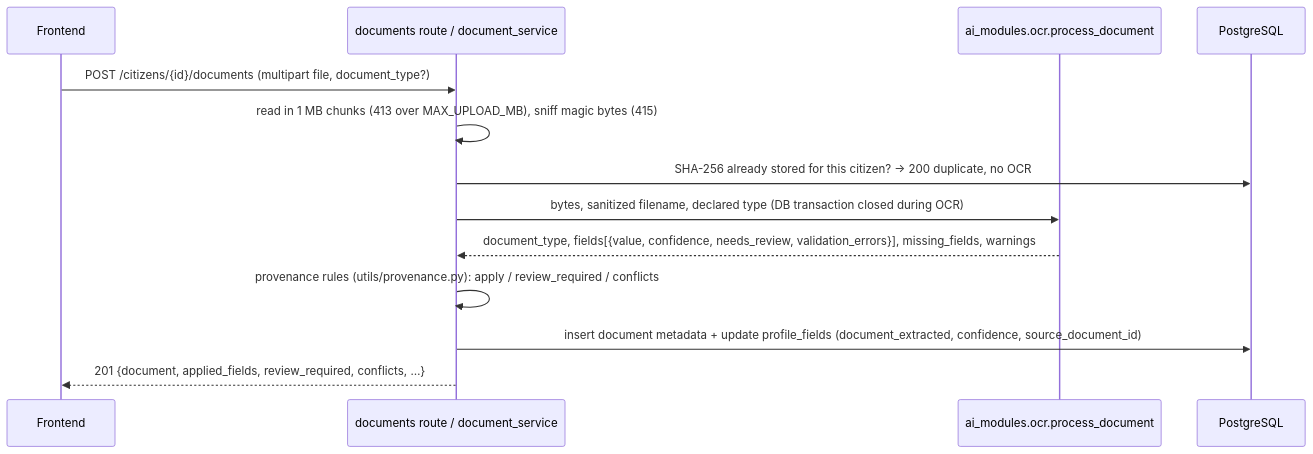
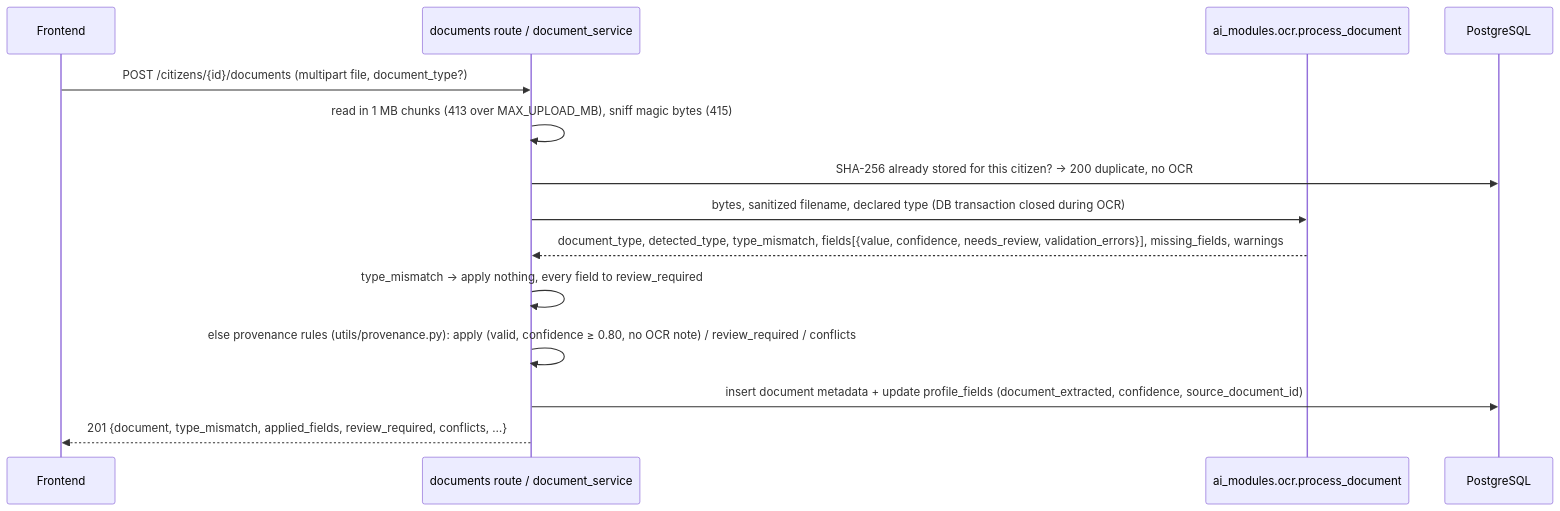
Before and after one commit to ParthG2209/AI-Citizen-Assistant: the second of 4 diagrams in docs/architecture.md, drawn with Mermaid. The commit also changed other lines of this file and 40 other files, not shown here.

````diff
--- a/docs/architecture.md
+++ b/docs/architecture.md
@@ -79,15 +81,16 @@
 ```mermaid
 sequenceDiagram
     participant FE as Frontend
     participant API as documents route / document_service
     participant OCR as ai_modules.ocr.process_document
     participant DB as PostgreSQL
     FE->>API: POST /citizens/{id}/documents (multipart file, document_type?)
     API->>API: read in 1 MB chunks (413 over MAX_UPLOAD_MB), sniff magic bytes (415)
     API->>DB: SHA-256 already stored for this citizen? → 200 duplicate, no OCR
     API->>OCR: bytes, sanitized filename, declared type (DB transaction closed during OCR)
-    OCR-->>API: document_type, fields[{value, confidence, needs_review, validation_errors}], missing_fields, warnings
-    API->>API: provenance rules (utils/provenance.py): apply / review_required / conflicts
+    OCR-->>API: document_type, detected_type, type_mismatch, fields[{value, confidence, needs_review, validation_errors}], missing_fields, warnings
+    API->>API: type_mismatch → apply nothing, every field to review_required
+    API->>API: else provenance rules (utils/provenance.py): apply (valid, confidence ≥ 0.80, no OCR note) / review_required / conflicts
     API->>DB: insert document metadata + update profile_fields (document_extracted, confidence, source_document_id)
-    API-->>FE: 201 {document, applied_fields, review_required, conflicts, …}
+    API-->>FE: 201 {document, type_mismatch, applied_fields, review_required, conflicts, …}
 ```
````
